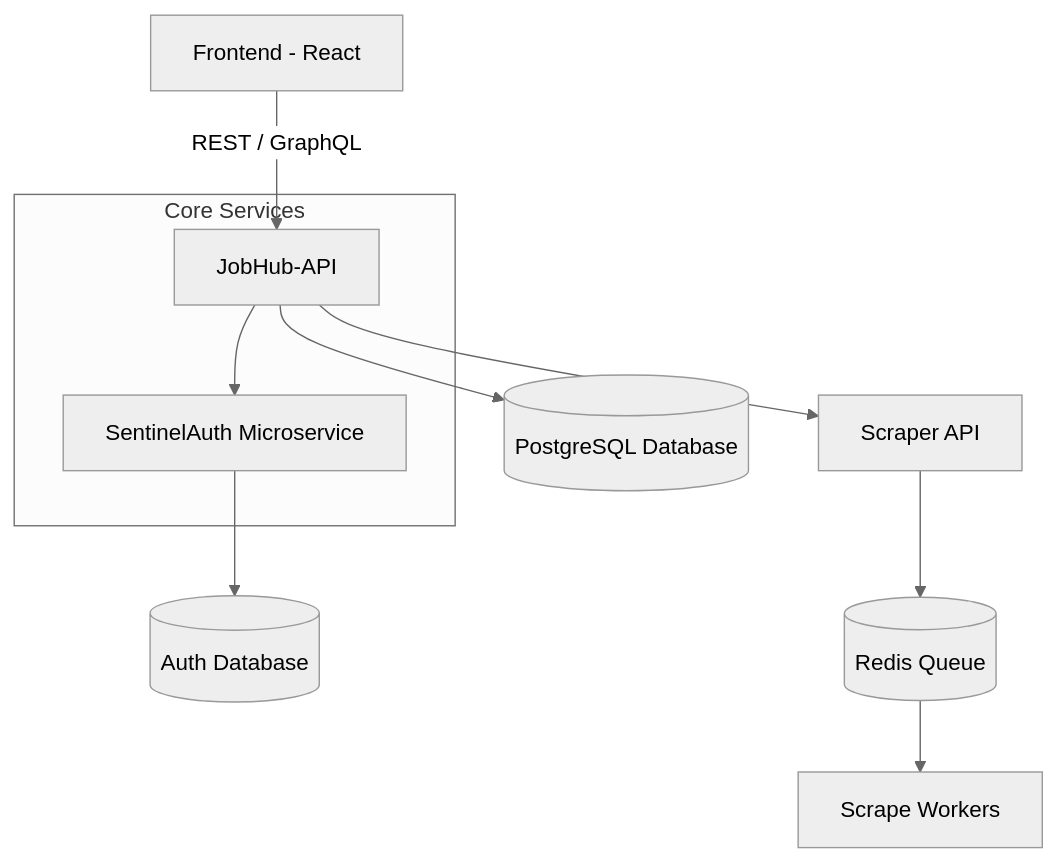
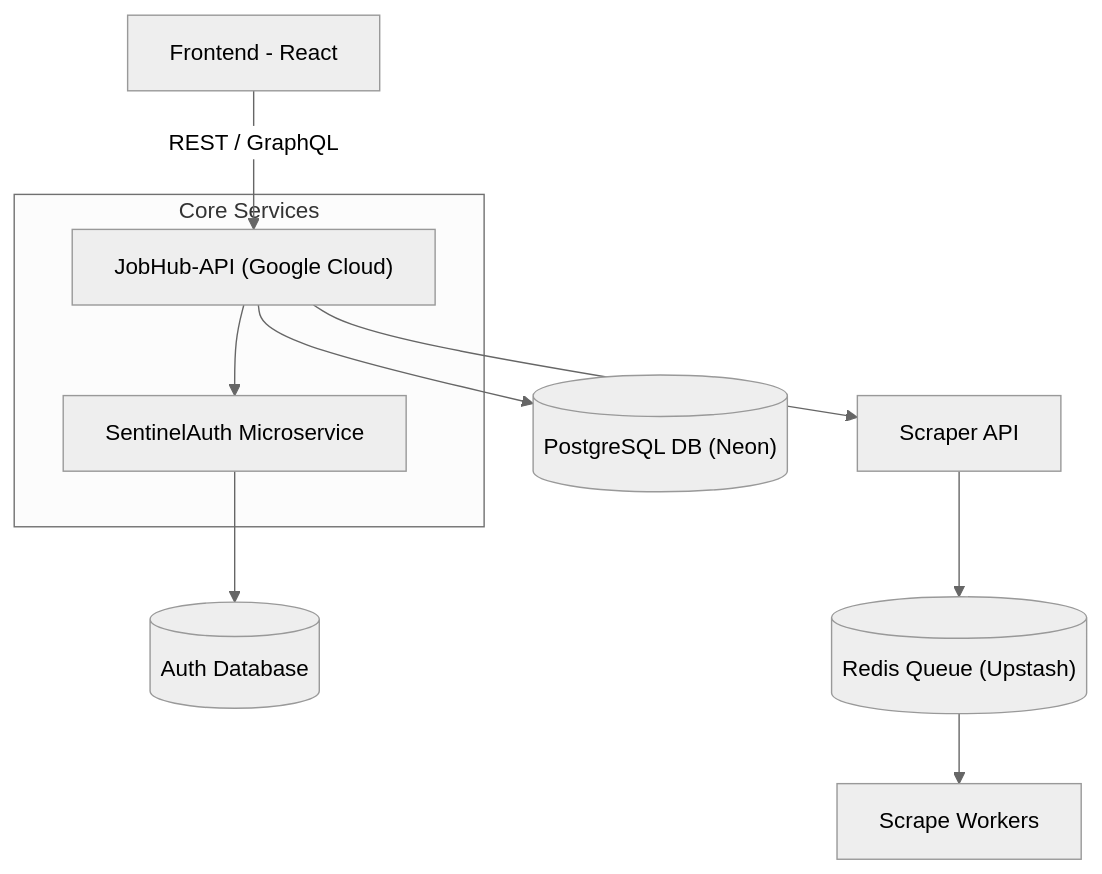
Before and after one commit to RehmanMuaz/jobhub-api: the diagram in README.md, drawn with Mermaid (neutral theme). The commit also changed other lines of this file and 1 other file, not shown here.

````diff
--- a/README.md
+++ b/README.md
@@ -79,15 +87,15 @@
 ```mermaid
 flowchart TD
-    A[Frontend - React] -->|REST / GraphQL| B[JobHub-API]
-    B --> C[(PostgreSQL Database)]
+    A[Frontend - React] -->|REST / GraphQL| B["JobHub-API (Google Cloud)"]
+    B --> C[("PostgreSQL DB (Neon)")]
     B --> D[SentinelAuth Microservice]
     D --> E[(Auth Database)]
     B --> F[Scraper API]
-    F --> G[(Redis Queue)]
+    F --> G[("Redis Queue (Upstash)")]
     G --> H[Scrape Workers]
 
         subgraph Core Services
         B
         D
         end
 ```
````
